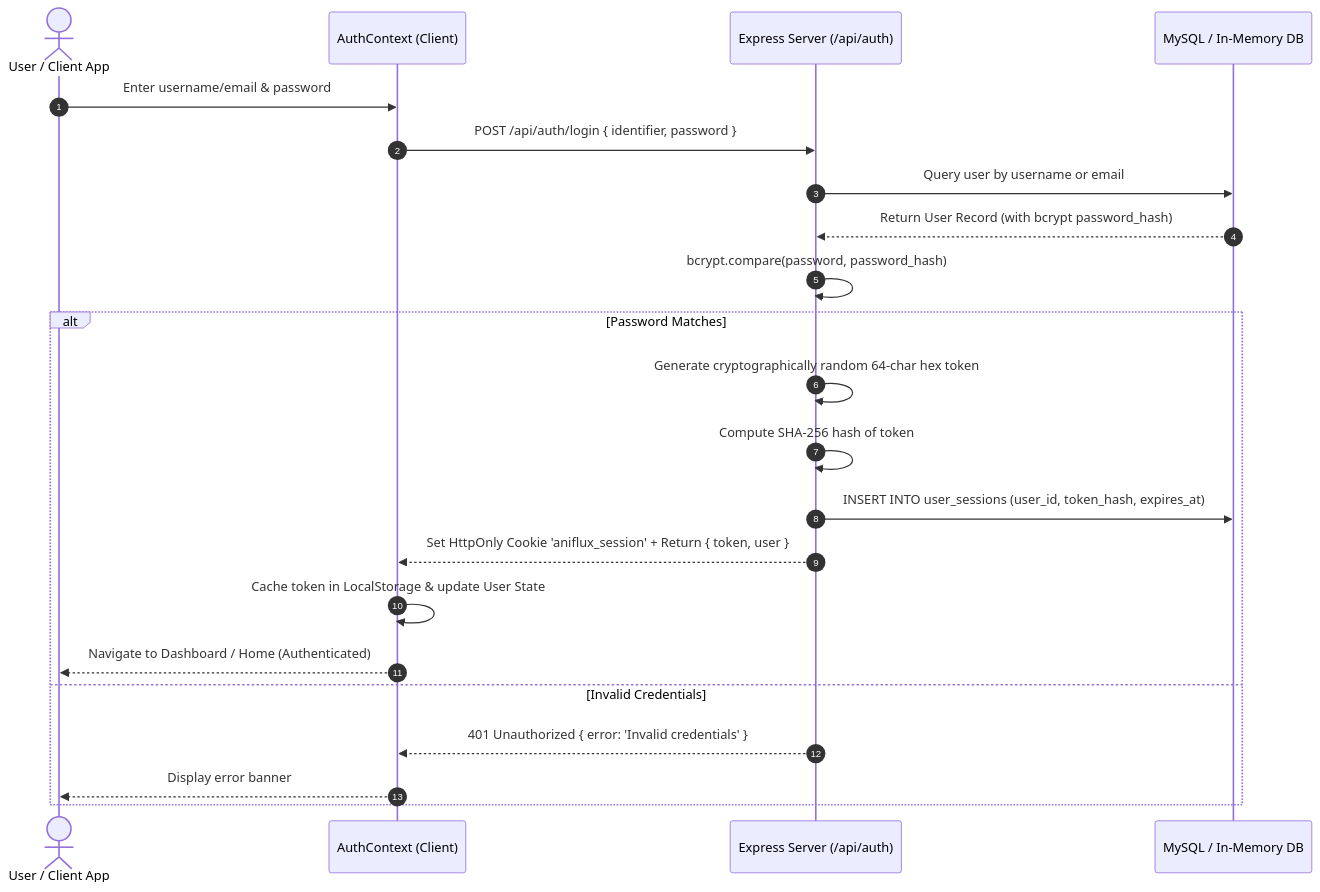
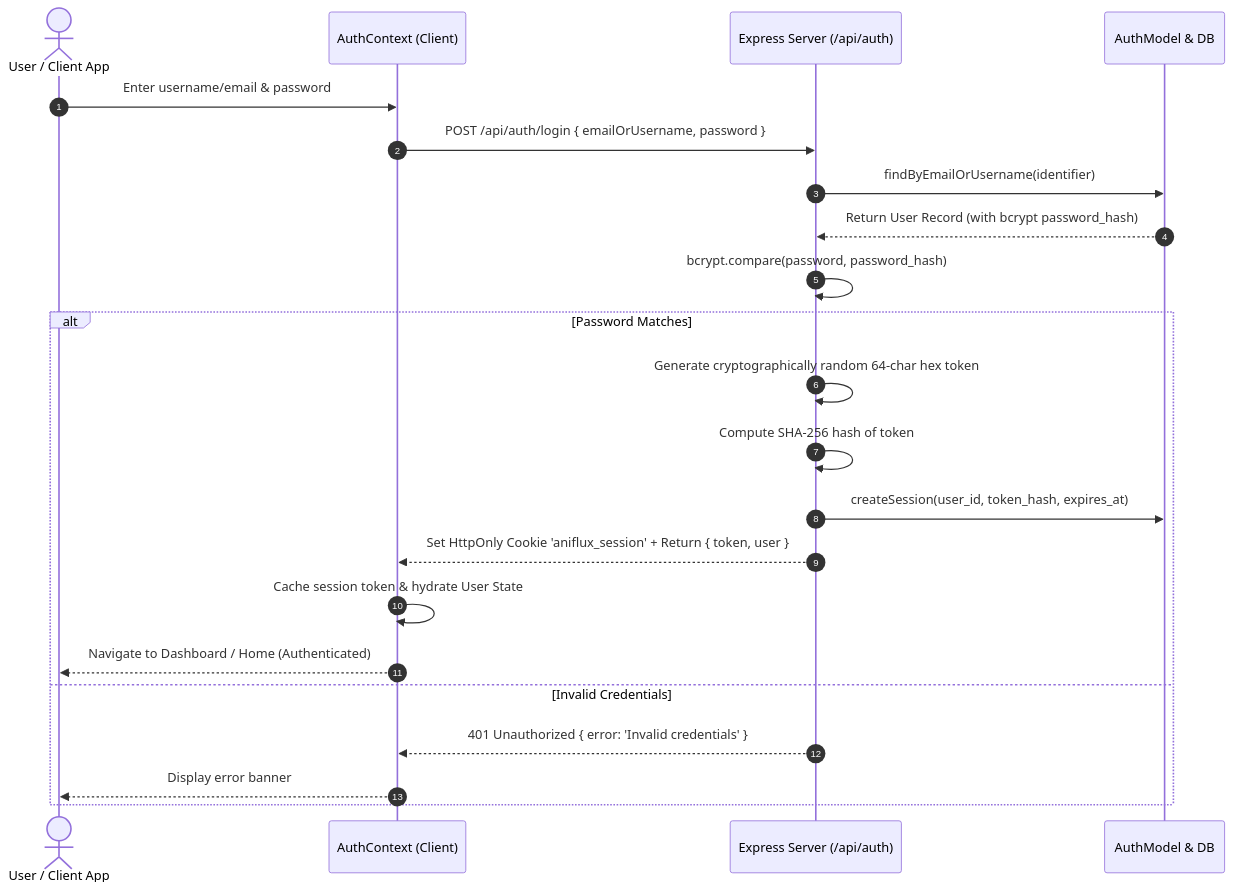
Before and after one commit to WantedFelconer/aniflux: the first of 3 diagrams in document.md, drawn with Mermaid. The commit also changed other lines of this file, not shown here.

````diff
--- a/document.md
+++ b/document.md
@@ -93,26 +107,26 @@
 ```mermaid
 sequenceDiagram
     autonumber
     actor User as User / Client App
     participant AuthContext as AuthContext (Client)
     participant Server as Express Server (/api/auth)
-    participant DB as MySQL / In-Memory DB
+    participant AuthModel as AuthModel & DB
     
     User->>AuthContext: Enter username/email & password
-    AuthContext->>Server: POST /api/auth/login { identifier, password }
-    Server->>DB: Query user by username or email
-    DB-->>Server: Return User Record (with bcrypt password_hash)
+    AuthContext->>Server: POST /api/auth/login { emailOrUsername, password }
+    Server->>AuthModel: findByEmailOrUsername(identifier)
+    AuthModel-->>Server: Return User Record (with bcrypt password_hash)
     Server->>Server: bcrypt.compare(password, password_hash)
     
     alt Password Matches
         Server->>Server: Generate cryptographically random 64-char hex token
         Server->>Server: Compute SHA-256 hash of token
-        Server->>DB: INSERT INTO user_sessions (user_id, token_hash, expires_at)
+        Server->>AuthModel: createSession(user_id, token_hash, expires_at)
         Server-->>AuthContext: Set HttpOnly Cookie 'aniflux_session' + Return { token, user }
-        AuthContext->>AuthContext: Cache token in LocalStorage & update User State
+        AuthContext->>AuthContext: Cache session token & hydrate User State
         AuthContext-->>User: Navigate to Dashboard / Home (Authenticated)
     else Invalid Credentials
         Server-->>AuthContext: 401 Unauthorized { error: 'Invalid credentials' }
         AuthContext-->>User: Display error banner
     end
 ```
````
